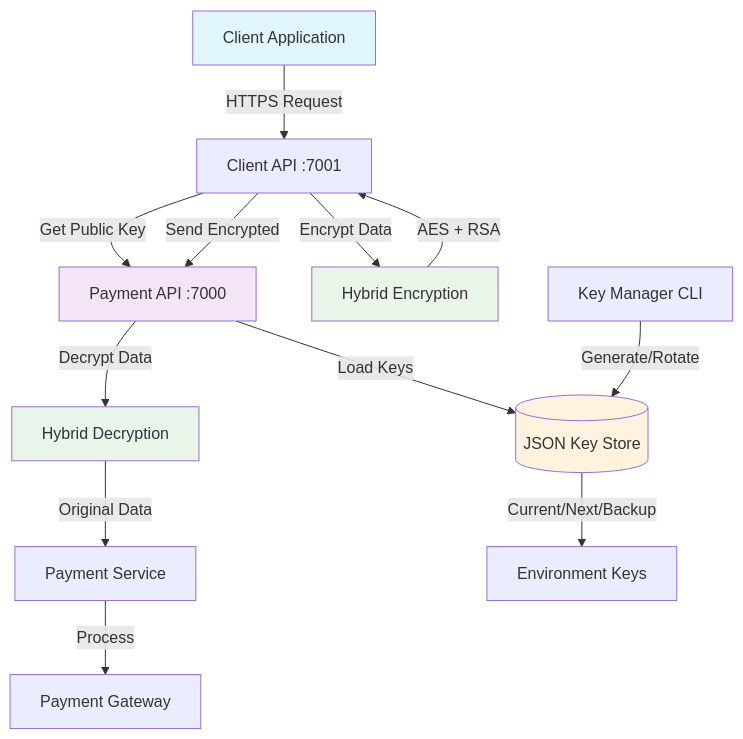
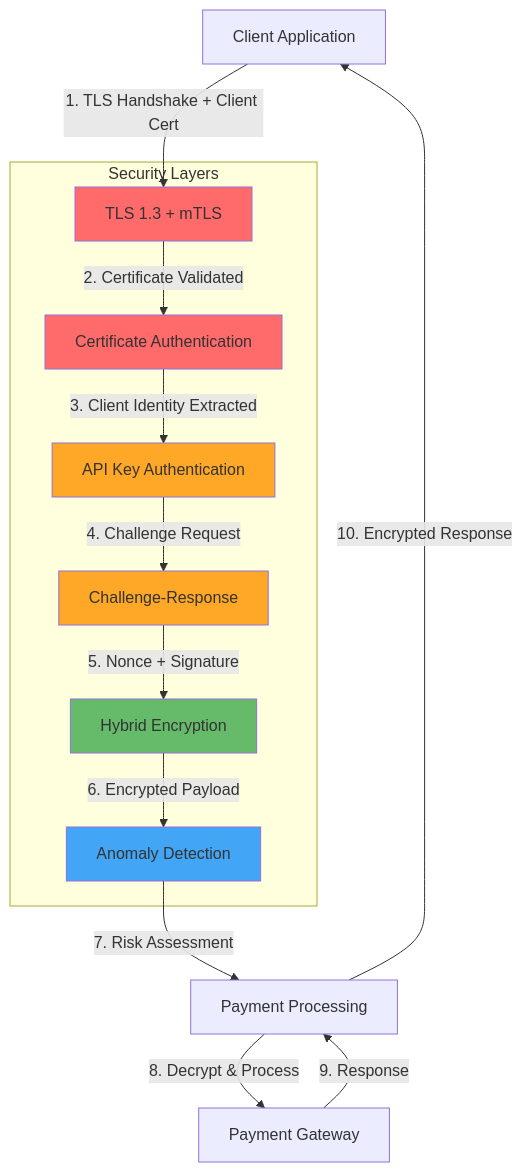
The first of 2 diagrams in README.md (furkansarikaya/payment-system), drawn with Mermaid before and after one commit. The commit also changed other lines of this file, not shown here.

Commit message:
update README to enhance security documentation and add mutual TLS details

````diff
--- a/README.md
+++ b/README.md
@@ -105,22 +208,30 @@
 ```mermaid
 graph TB
-    Client[Client Application] -->|HTTPS Request| ClientAPI[Client API :7001]
-    ClientAPI -->|Get Public Key| PaymentAPI[Payment API :7000]
-    ClientAPI -->|Encrypt Data| HybridEnc[Hybrid Encryption]
-    HybridEnc -->|AES + RSA| ClientAPI
-    ClientAPI -->|Send Encrypted| PaymentAPI
+    Client[Client Application] -->|1. TLS Handshake + Client Cert| TLS[TLS 1.3 + mTLS]
+    TLS -->|2. Certificate Validated| CertAuth[Certificate Authentication]
+    CertAuth -->|3. Client Identity Extracted| ApiAuth[API Key Authentication]
+    ApiAuth -->|4. Challenge Request| Challenge[Challenge-Response]
+    Challenge -->|5. Nonce + Signature| Encrypt[Hybrid Encryption]
+    Encrypt -->|6. Encrypted Payload| Anomaly[Anomaly Detection]
+    Anomaly -->|7. Risk Assessment| PaymentAPI[Payment Processing]
     
-    PaymentAPI -->|Load Keys| KeyStore[(JSON Key Store)]
-    PaymentAPI -->|Decrypt Data| HybridDec[Hybrid Decryption]
-    HybridDec -->|Original Data| PaymentService[Payment Service]
-    PaymentService -->|Process| Gateway[Payment Gateway]
+    PaymentAPI -->|8. Decrypt & Process| Gateway[Payment Gateway]
+    Gateway -->|9. Response| PaymentAPI
+    PaymentAPI -->|10. Encrypted Response| Client
     
-    KeyManager[Key Manager CLI] -->|Generate/Rotate| KeyStore
-    KeyStore -->|Current/Next/Backup| EnvKeys[Environment Keys]
-        
-    style Client fill:#e1f5fe
-    style PaymentAPI fill:#f3e5f5
-    style KeyStore fill:#fff3e0
-    style HybridEnc fill:#e8f5e8
-    style HybridDec fill:#e8f5e8
+    subgraph "Security Layers"
+        TLS
+        CertAuth
+        ApiAuth
+        Challenge
+        Encrypt
+        Anomaly
+    end
+    
+    style TLS fill:#ff6b6b
+    style CertAuth fill:#ff6b6b
+    style ApiAuth fill:#ffa726
+    style Challenge fill:#ffa726
+    style Encrypt fill:#66bb6a
+    style Anomaly fill:#42a5f5
 ```
````
